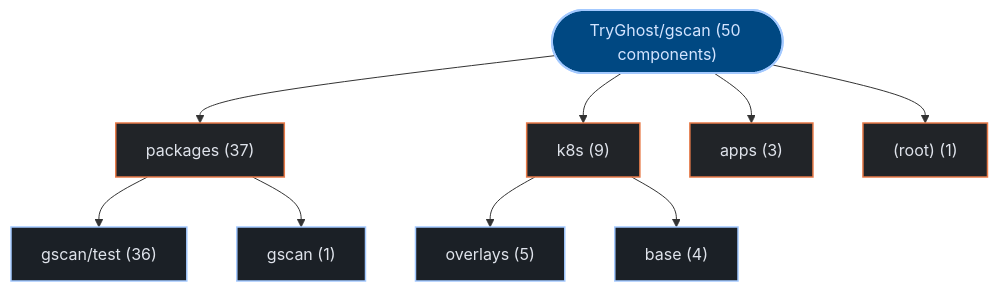
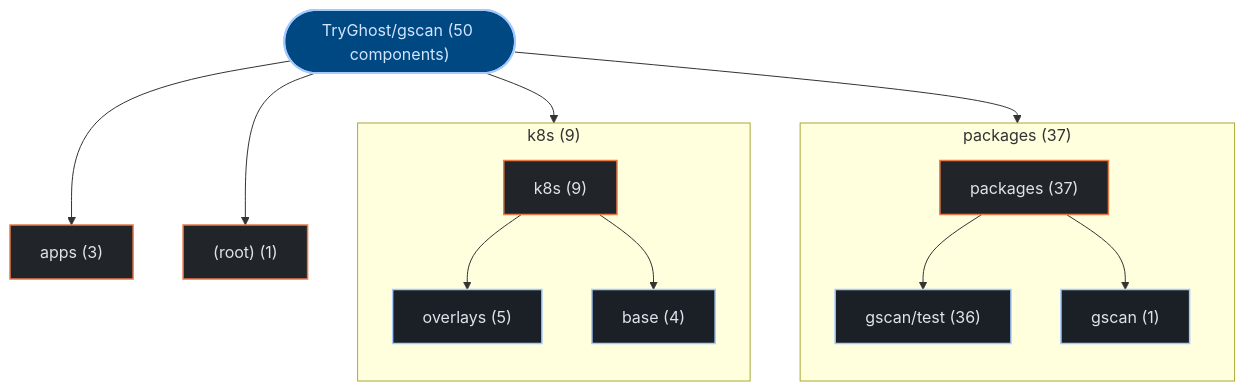
Before and after one commit to kumarshaz/atruss-code-atlas: the first of 3 diagrams in exports/latest/reports/TryGhost-gscan-report.md, drawn with Mermaid. The commit also changed 178 other files, not shown here.

Commit message:
feat(ui,mermaid): upgrade to mermaid v12 + ELK layout, add orgs-summary + pagination, subgraph building blocks, fix tab alignment

````diff
--- a/exports/latest/reports/TryGhost-gscan-report.md
+++ b/exports/latest/reports/TryGhost-gscan-report.md
@@ -42,27 +42,33 @@
 ```mermaid
 graph TD;
   classDef atlasRoot fill:#004882,stroke:#a3c9ff,stroke-width:2px,color:#d3e4ff
   classDef atlasCategory fill:#212428,stroke:#E87A48,stroke-width:1.5px,color:#dfe3eb
   classDef atlasWorkflow fill:#1b2026,stroke:#a3c9ff,stroke-width:1.5px,color:#dfe3eb
   classDef atlasJob fill:#171c22,stroke:#8d9199,stroke-width:1px,color:#dfe3eb
   classDef atlasTarget fill:#005227,stroke:#8bd99b,stroke-width:1.5px,color:#a7f6b6
   classDef atlasAlert fill:#93000a,stroke:#ffb4ab,stroke-width:1.5px,color:#ffdad6
   classDef atlasMore fill:#252a31,stroke:#8d9199,stroke-dasharray:4 4,color:#c3c6cf
     repo_root(["TryGhost/gscan (50 components)"]):::atlasRoot
-    dir_0_packages["packages (37)"]:::atlasCategory
+    subgraph sg_dir_0_packages["packages (37)"]
+      direction TB
+      dir_0_packages["packages (37)"]:::atlasCategory
+      sub_0_0_gscan_test["gscan/test (36)"]:::atlasWorkflow
+      dir_0_packages --> sub_0_0_gscan_test
+      sub_0_1_gscan["gscan (1)"]:::atlasWorkflow
+      dir_0_packages --> sub_0_1_gscan
+    end
     repo_root --> dir_0_packages
-    sub_0_0_gscan_test["gscan/test (36)"]:::atlasWorkflow
-    dir_0_packages --> sub_0_0_gscan_test
-    sub_0_1_gscan["gscan (1)"]:::atlasWorkflow
-    dir_0_packages --> sub_0_1_gscan
-    dir_1_k8s["k8s (9)"]:::atlasCategory
+    subgraph sg_dir_1_k8s["k8s (9)"]
+      direction TB
+      dir_1_k8s["k8s (9)"]:::atlasCategory
+      sub_1_0_overlays["overlays (5)"]:::atlasWorkflow
+      dir_1_k8s --> sub_1_0_overlays
+      sub_1_1_base["base (4)"]:::atlasWorkflow
+      dir_1_k8s --> sub_1_1_base
+    end
     repo_root --> dir_1_k8s
-    sub_1_0_overlays["overlays (5)"]:::atlasWorkflow
-    dir_1_k8s --> sub_1_0_overlays
-    sub_1_1_base["base (4)"]:::atlasWorkflow
-    dir_1_k8s --> sub_1_1_base
     dir_2_apps["apps (3)"]:::atlasCategory
     repo_root --> dir_2_apps
     dir_3__root_["(root) (1)"]:::atlasCategory
     repo_root --> dir_3__root_
 ```
````
